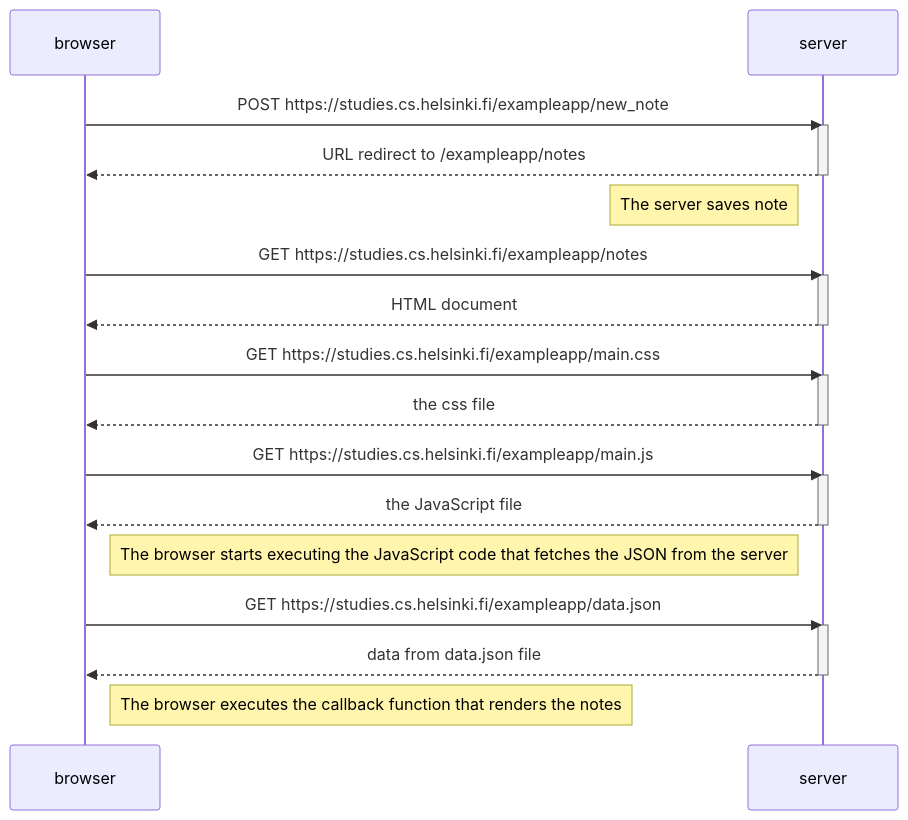
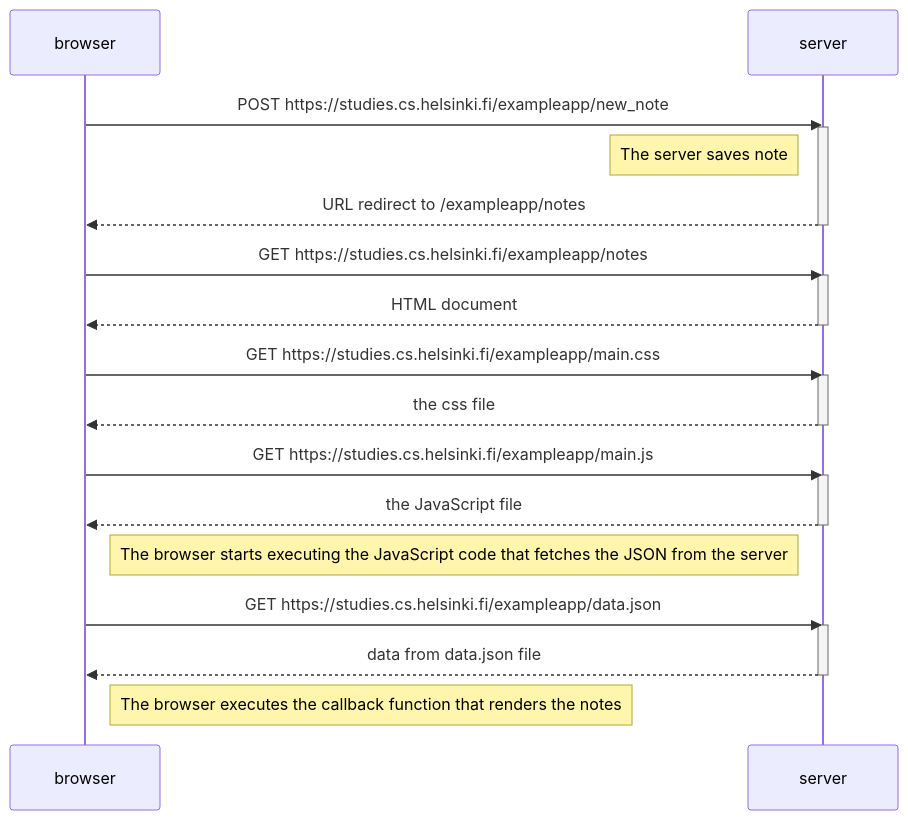
Before and after one commit to TadiusSapfiro/fullstackOpenStudy: the diagram in part0/0.4/addNotesDiagram.md, drawn with Mermaid.

Commit message:
Fix mermaid syntax in addNotesDiagram.md by removing duplicate note for server saving

````diff
--- a/part0/0.4/addNotesDiagram.md
+++ b/part0/0.4/addNotesDiagram.md
@@ -1,36 +1,37 @@
 ```mermaid
 sequenceDiagram
 participant browser
 participant server
 
     browser->>server: POST https://studies.cs.helsinki.fi/exampleapp/new_note
     activate server
+    Note left of server: The server saves note
     server-->>browser: URL redirect to /exampleapp/notes
     deactivate server
-    Note left of server: The server saves note
+
 
     browser->>server: GET https://studies.cs.helsinki.fi/exampleapp/notes
     activate server
     server-->>browser: HTML document
     deactivate server
 
     browser->>server: GET https://studies.cs.helsinki.fi/exampleapp/main.css
     activate server
     server-->>browser: the css file
     deactivate server
 
     browser->>server: GET https://studies.cs.helsinki.fi/exampleapp/main.js
     activate server
     server-->>browser: the JavaScript file
     deactivate server
 
     Note right of browser: The browser starts executing the JavaScript code that fetches the JSON from the server
 
     browser->>server: GET https://studies.cs.helsinki.fi/exampleapp/data.json
     activate server
     server-->>browser: data from data.json file
     deactivate server
 
     Note right of browser: The browser executes the callback function that renders the notes
 
 ```
````
